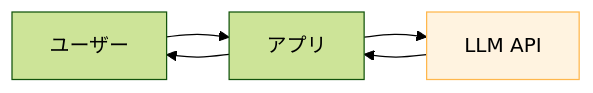
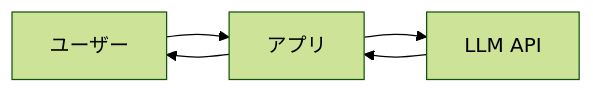
The second of 7 diagrams in docs/concepts/llm-アプリの-5-つの典型アーキテクチャパターン.md (dinekt/dinekt-wiki), drawn with Mermaid (forest theme) before and after one commit. The commit also changed other lines of this file and 70 other files, not shown here.

First line of the commit message:
fix(mermaid): strip all inline styling, rely on theme

````diff
--- a/docs/concepts/llm-アプリの-5-つの典型アーキテクチャパターン.md
+++ b/docs/concepts/llm-アプリの-5-つの典型アーキテクチャパターン.md
@@ -40,9 +39,8 @@
 ```mermaid
 flowchart LR
     U[ユーザー] --> A[アプリ]
     A --> L[LLM API]
     L --> A
     A --> U
 
-    style L fill:#fff3e0,stroke:#ffb74d,color:#000
 ```
````
